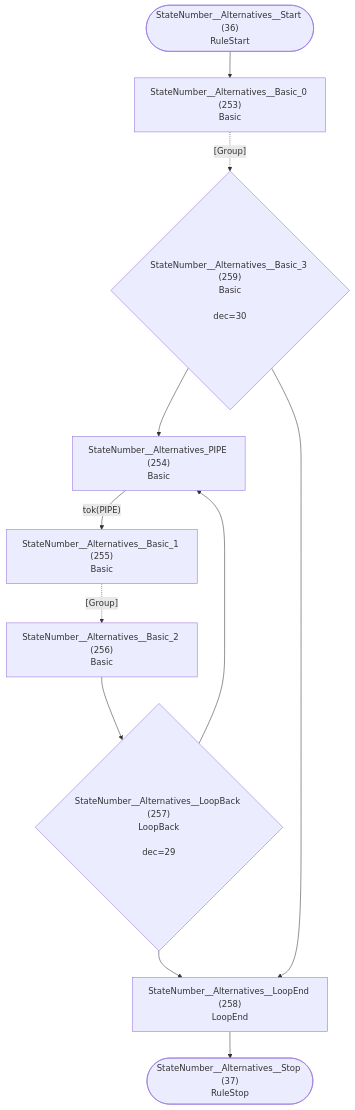
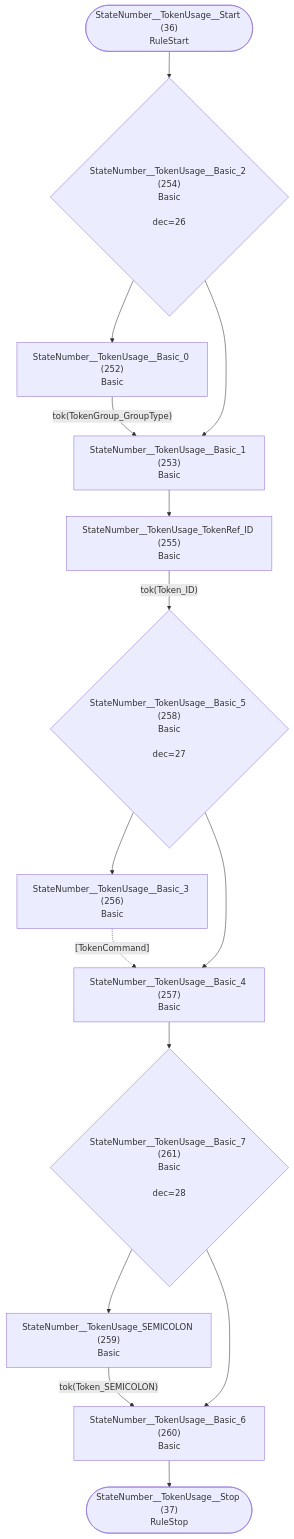
Diagram 19 of 36 in internal/grammar/atn.md (TypeFox/fastbelt), drawn with Mermaid before and after one commit. The commit also changed other lines of this file and 6 other files, not shown here.

````diff
--- a/internal/grammar/atn.md
+++ b/internal/grammar/atn.md
@@ -598,23 +582,30 @@
 ```mermaid
 flowchart TD
-    q36(["StateNumber__Alternatives__Start (36)<br/>RuleStart"])
-    q37(["StateNumber__Alternatives__Stop (37)<br/>RuleStop"])
-    q253["StateNumber__Alternatives__Basic_0 (253)<br/>Basic<br/>"]
-    q254["StateNumber__Alternatives_PIPE (254)<br/>Basic<br/>"]
-    q255["StateNumber__Alternatives__Basic_1 (255)<br/>Basic<br/>"]
-    q256["StateNumber__Alternatives__Basic_2 (256)<br/>Basic<br/>"]
-    q257{"StateNumber__Alternatives__LoopBack (257)<br/>LoopBack<br/><br/>dec=29"}
-    q258["StateNumber__Alternatives__LoopEnd (258)<br/>LoopEnd<br/>"]
-    q259{"StateNumber__Alternatives__Basic_3 (259)<br/>Basic<br/><br/>dec=30"}
+    q36(["StateNumber__TokenUsage__Start (36)<br/>RuleStart"])
+    q37(["StateNumber__TokenUsage__Stop (37)<br/>RuleStop"])
+    q252["StateNumber__TokenUsage__Basic_0 (252)<br/>Basic<br/>"]
+    q253["StateNumber__TokenUsage__Basic_1 (253)<br/>Basic<br/>"]
+    q254{"StateNumber__TokenUsage__Basic_2 (254)<br/>Basic<br/><br/>dec=26"}
+    q255["StateNumber__TokenUsage_TokenRef_ID (255)<br/>Basic<br/>"]
+    q256["StateNumber__TokenUsage__Basic_3 (256)<br/>Basic<br/>"]
+    q257["StateNumber__TokenUsage__Basic_4 (257)<br/>Basic<br/>"]
+    q258{"StateNumber__TokenUsage__Basic_5 (258)<br/>Basic<br/><br/>dec=27"}
+    q259["StateNumber__TokenUsage_SEMICOLON (259)<br/>Basic<br/>"]
+    q260["StateNumber__TokenUsage__Basic_6 (260)<br/>Basic<br/>"]
+    q261{"StateNumber__TokenUsage__Basic_7 (261)<br/>Basic<br/><br/>dec=28"}
 
-    q36 --> q253
-    q253 -.->|"[Group]"| q259
-    q254 -->|"tok(PIPE)"| q255
-    q255 -.->|"[Group]"| q256
-    q256 --> q257
-    q257 --> q254
-    q257 --> q258
-    q258 --> q37
-    q259 --> q254
-    q259 --> q258
+    q36 --> q254
+    q252 -->|"tok(TokenGroup_GroupType)"| q253
+    q253 --> q255
+    q254 --> q252
+    q254 --> q253
+    q255 -->|"tok(Token_ID)"| q258
+    q256 -.->|"[TokenCommand]"| q257
+    q257 --> q261
+    q258 --> q256
+    q258 --> q257
+    q259 -->|"tok(Token_SEMICOLON)"| q260
+    q260 --> q37
+    q261 --> q259
+    q261 --> q260
 ```
````
